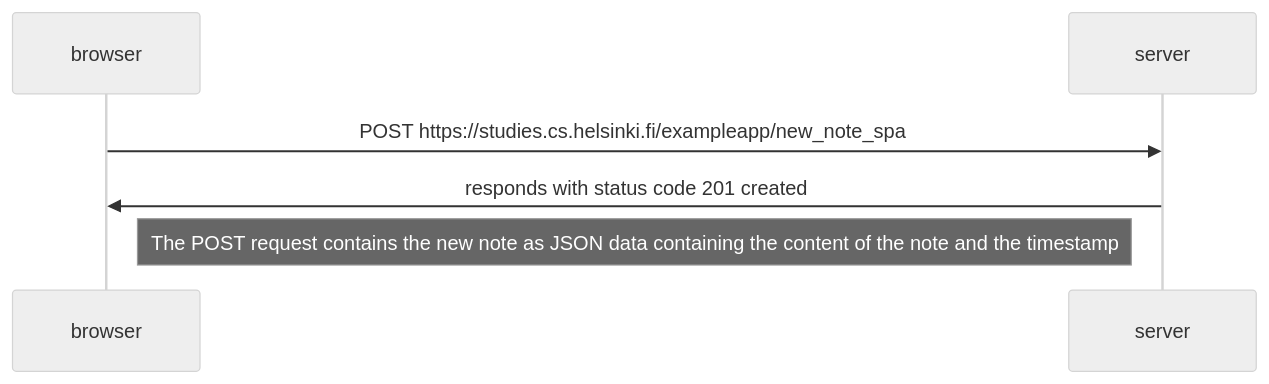
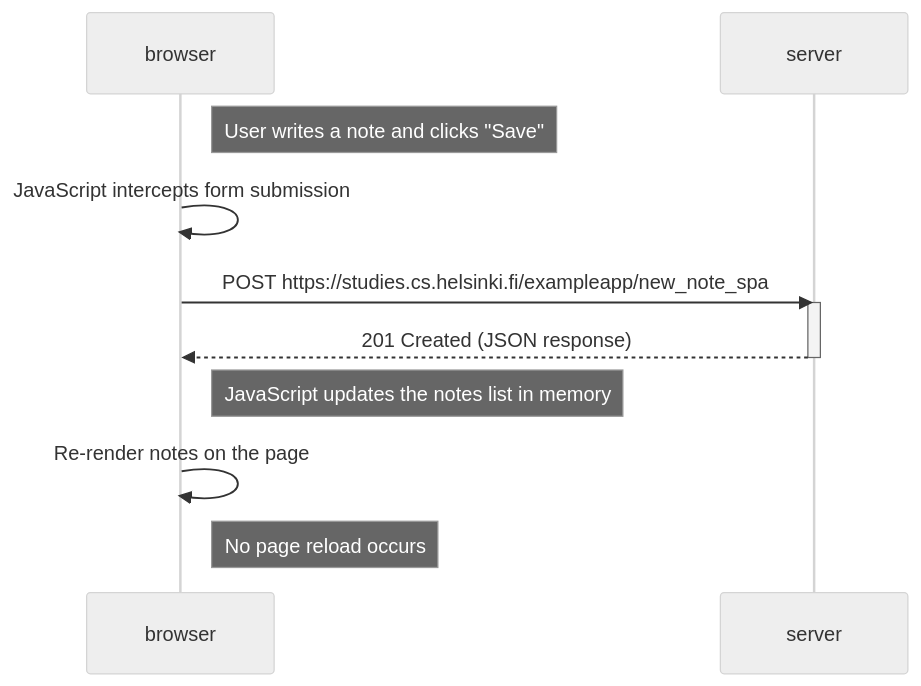
Before and after one commit to jovvas/Fullstack-part-0: the diagram in exercise-0.6.md, drawn with Mermaid (neutral theme).

Commit message:
correct exercise-0.6

````diff
--- a/exercise-0.6.md
+++ b/exercise-0.6.md
@@ -1,10 +1,18 @@
 ```mermaid
 sequenceDiagram
     participant browser
     participant server
 
-    browser->>server: POST https://studies.cs.helsinki.fi/exampleapp/new_note_spa 
-    server->>browser: responds with status code 201 created 
+    Note right of browser: User writes a note and clicks "Save"
 
-    Note right of browser: The POST request contains the new note as JSON data containing  the content of the note and the timestamp
+    browser->>browser: JavaScript intercepts form submission
+    browser->>server: POST https://studies.cs.helsinki.fi/exampleapp/new_note_spa
+    activate server
+    server-->>browser: 201 Created (JSON response)
+    deactivate server
+
+    Note right of browser: JavaScript updates the notes list in memory
+
+    browser->>browser: Re-render notes on the page
+    Note right of browser: No page reload occurs
 ```
````
